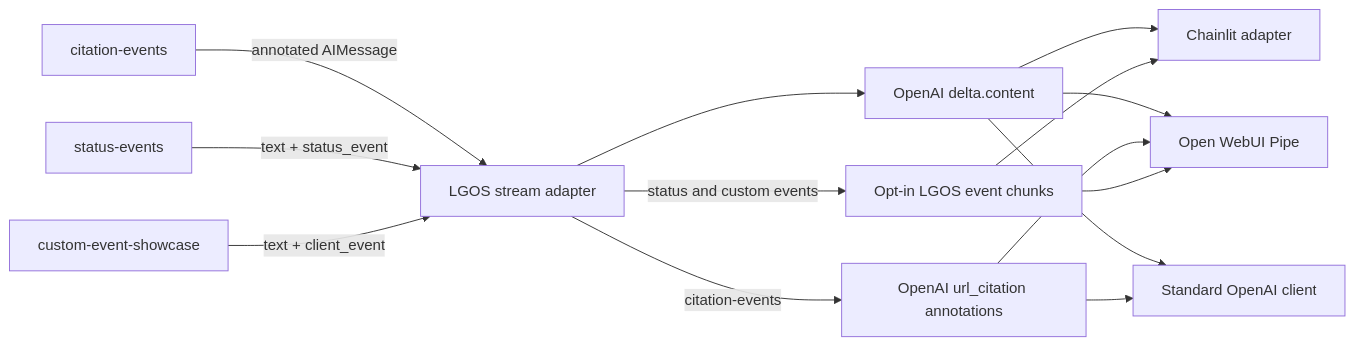
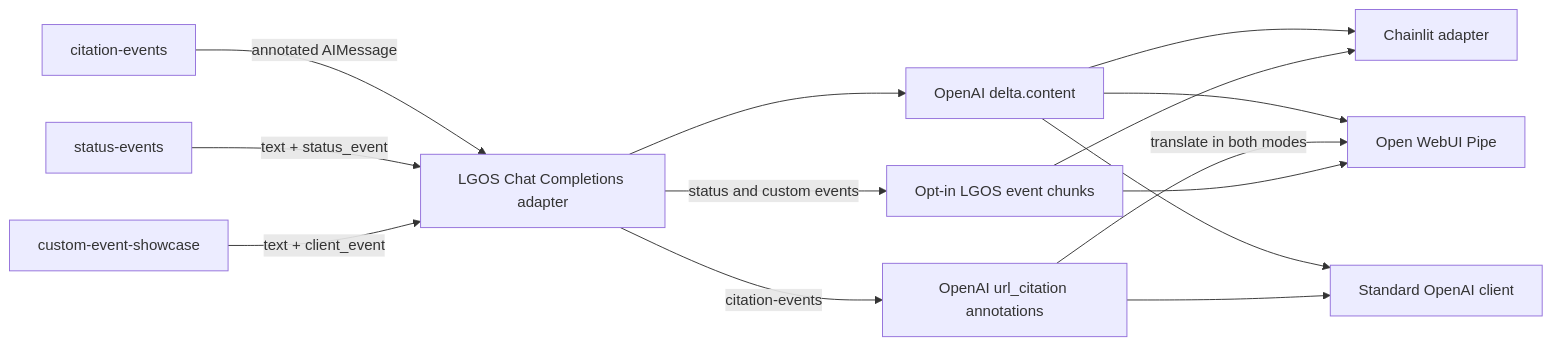
One commit to ilkersigirci/langgraph-openai-serve changed the diagram in docs/demo/graphs/events-and-citations.md. Above: the diagram before and after it, drawn with Mermaid. The commit also changed other lines of this file and 4 other files, not shown here.

Commit message:
feat: openwebui annotations simplified

````diff
--- a/docs/demo/graphs/events-and-citations.md
+++ b/docs/demo/graphs/events-and-citations.md
@@ -12,31 +12,31 @@
 ```mermaid
 flowchart LR
   citations["citation-events"]
   statuses["status-events"]
   custom["custom-event-showcase"]
-  lgos["LGOS stream adapter"]
+  lgos["LGOS Chat Completions adapter"]
 
   content["OpenAI delta.content"]
   annotations["OpenAI url_citation annotations"]
   events["Opt-in LGOS event chunks"]
 
   chainlit["Chainlit adapter"]
   openwebui["Open WebUI Pipe"]
   sdk["Standard OpenAI client"]
 
   citations -->|"annotated AIMessage"| lgos
   statuses -->|"text + status_event"| lgos
   custom -->|"text + client_event"| lgos
 
   lgos --> content
   lgos -->|"citation-events"| annotations
   lgos -->|"status and custom events"| events
 
   content --> chainlit
   content --> openwebui
   content --> sdk
-  annotations --> openwebui
+  annotations -->|"translate in both modes"| openwebui
   annotations --> sdk
   events --> chainlit
   events --> openwebui
 ```
````
